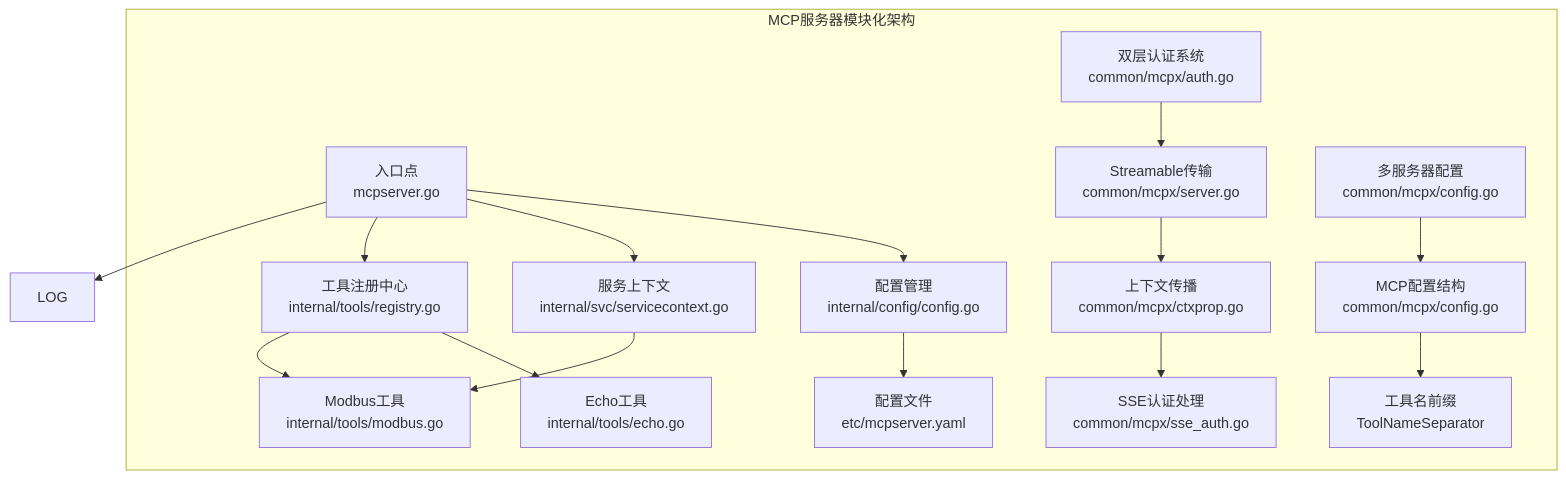
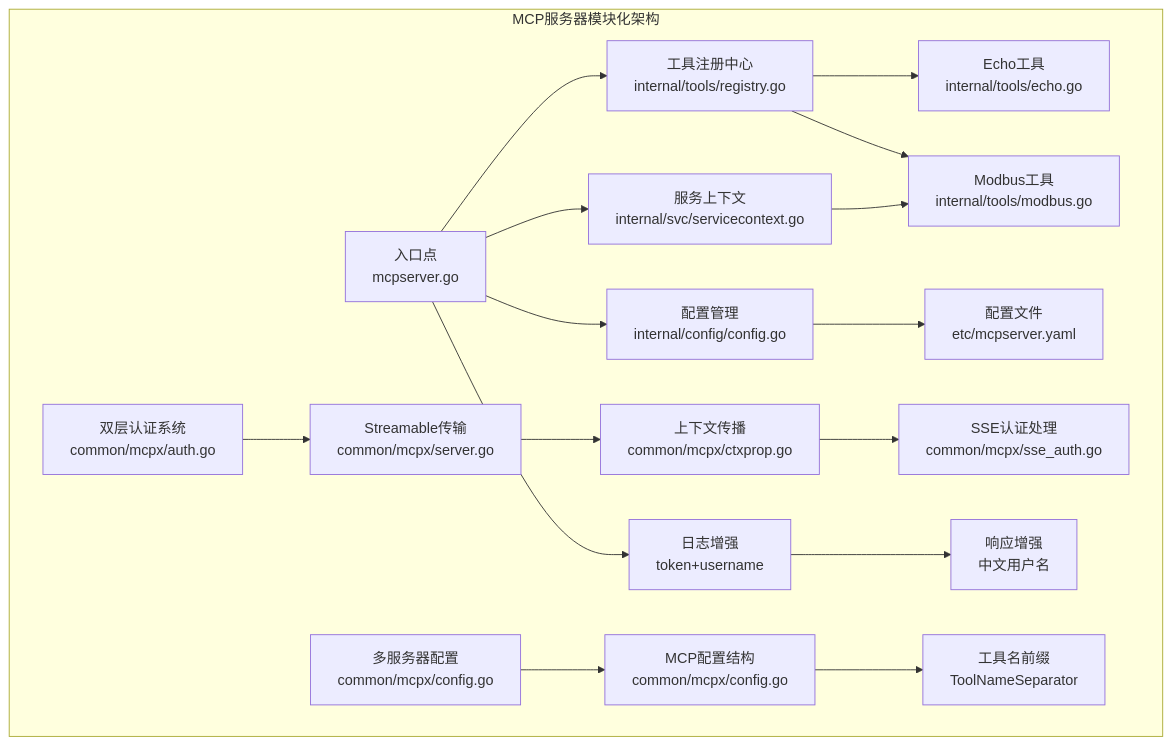
Before and after one commit to maomao94/zero-service: the first of 16 diagrams in .qoder/repowiki/zh/content/AI应用模块/MCP服务器.md, drawn with Mermaid. The commit also changed other lines of this file and 2 other files, not shown here.

````diff
--- a/.qoder/repowiki/zh/content/AI应用模块/MCP服务器.md
+++ b/.qoder/repowiki/zh/content/AI应用模块/MCP服务器.md
@@ -128,32 +132,35 @@
 ```mermaid
 graph TB
 subgraph "MCP服务器模块化架构"
 CFG["配置管理<br/>internal/config/config.go"]
 CTX["服务上下文<br/>internal/svc/servicecontext.go"]
 REG["工具注册中心<br/>internal/tools/registry.go"]
 ECHO["Echo工具<br/>internal/tools/echo.go"]
 MODBUS["Modbus工具<br/>internal/tools/modbus.go"]
 ENTRY["入口点<br/>mcpserver.go"]
 CONF["配置文件<br/>etc/mcpserver.yaml"]
 AUTH["双层认证系统<br/>common/mcpx/auth.go"]
 STREAM["Streamable传输<br/>common/mcpx/server.go"]
 CTXPROP["上下文传播<br/>common/mcpx/ctxprop.go"]
 SSEAUTH["SSE认证处理<br/>common/mcpx/sse_auth.go"]
 MSERVER["多服务器配置<br/>common/mcpx/config.go"]
 MCPCFG["MCP配置结构<br/>common/mcpx/config.go"]
 ENDPOINT["工具名前缀<br/>ToolNameSeparator"]
+LOGENHANCE["日志增强<br/>token+username"]
+RESPONSE["响应增强<br/>中文用户名"]
 end
 ENTRY --> CFG
 ENTRY --> CTX
 ENTRY --> REG
 REG --> ECHO
 REG --> MODBUS
 CTX --> MODBUS
 CFG --> CONF
 AUTH --> STREAM
 STREAM --> CTXPROP
 CTXPROP --> SSEAUTH
-ENTRY --> LOG
+ENTRY --> LOGENHANCE
+LOGENHANCE --> RESPONSE
 MSERVER --> MCPCFG
 MCPCFG --> ENDPOINT
 ```
````
